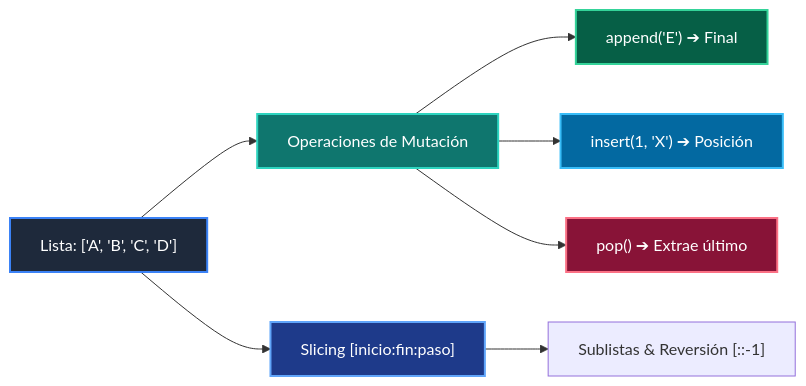
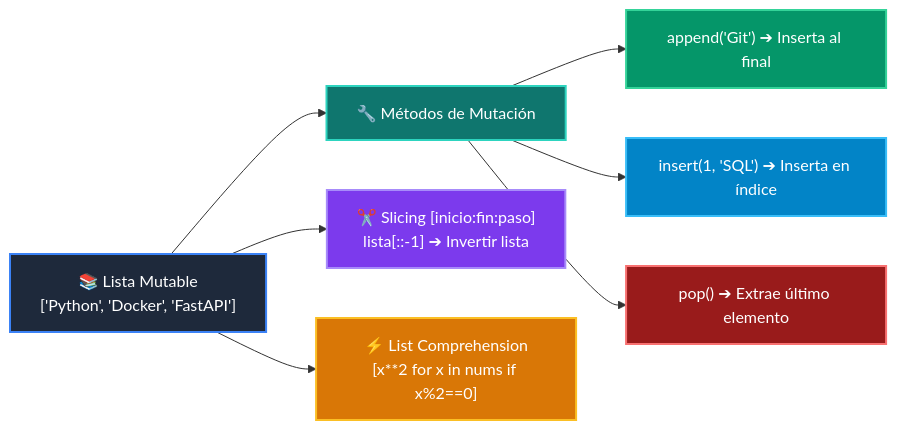
One commit to wisrovi/wisrovi-python changed the diagram in 01-fundamentos-python/clase-05-listas-y-colecciones/README.md. Above: the diagram before and after it, drawn with Mermaid. The commit also changed other lines of this file and 54 other files, not shown here.

Commit message:
refactor: clean repository root by moving maintenance scripts to scripts/ and restore rich high-contrast Mermaid diagrams for all classes and examples

````diff
--- a/01-fundamentos-python/clase-05-listas-y-colecciones/README.md
+++ b/01-fundamentos-python/clase-05-listas-y-colecciones/README.md
@@ -12,16 +12,17 @@
 ```mermaid
 flowchart LR
-    L["Lista: ['A', 'B', 'C', 'D']"] --> OP["Operaciones de Mutación"]
-    OP --> APP["append('E') ➔ Final"]
-    OP --> INS["insert(1, 'X') ➔ Posición"]
-    OP --> POP["pop() ➔ Extrae último"]
-    L --> SLICE["Slicing [inicio:fin:paso]"]
-    SLICE --> SUB["Sublistas & Reversión [::-1]"]
+    LISTA["📚 Lista Mutable<br/>['Python', 'Docker', 'FastAPI']"] --> MUT["🔧 Métodos de Mutación"]
+    MUT --> APP["append('Git') ➔ Inserta al final"]
+    MUT --> INS["insert(1, 'SQL') ➔ Inserta en índice"]
+    MUT --> POP["pop() ➔ Extrae último elemento"]
+    LISTA --> SLICE["✂️ Slicing [inicio:fin:paso]<br/>lista[::-1] ➔ Invertir lista"]
+    LISTA --> COMP["⚡ List Comprehension<br/>[x**2 for x in nums if x%2==0]"]
 
-    style L fill:#1e293b,color:#fff,stroke:#3b82f6,stroke-width:2px
-    style OP fill:#0f766e,color:#fff,stroke:#2dd4bf,stroke-width:2px
-    style APP fill:#065f46,color:#fff,stroke:#34d399,stroke-width:2px
-    style INS fill:#0369a1,color:#fff,stroke:#38bdf8,stroke-width:2px
-    style POP fill:#881337,color:#fff,stroke:#fb7185,stroke-width:2px
-    style SLICE fill:#1e3a8a,color:#fff,stroke:#60a5fa,stroke-width:2px
+    style LISTA fill:#1e293b,color:#ffffff,stroke:#3b82f6,stroke-width:2px
+    style MUT fill:#0f766e,color:#ffffff,stroke:#2dd4bf,stroke-width:2px
+    style APP fill:#059669,color:#ffffff,stroke:#34d399,stroke-width:2px
+    style INS fill:#0284c7,color:#ffffff,stroke:#38bdf8,stroke-width:2px
+    style POP fill:#991b1b,color:#ffffff,stroke:#f87171,stroke-width:2px
+    style SLICE fill:#7c3aed,color:#ffffff,stroke:#a78bfa,stroke-width:2px
+    style COMP fill:#d97706,color:#ffffff,stroke:#fbbf24,stroke-width:2px
 ```
````
